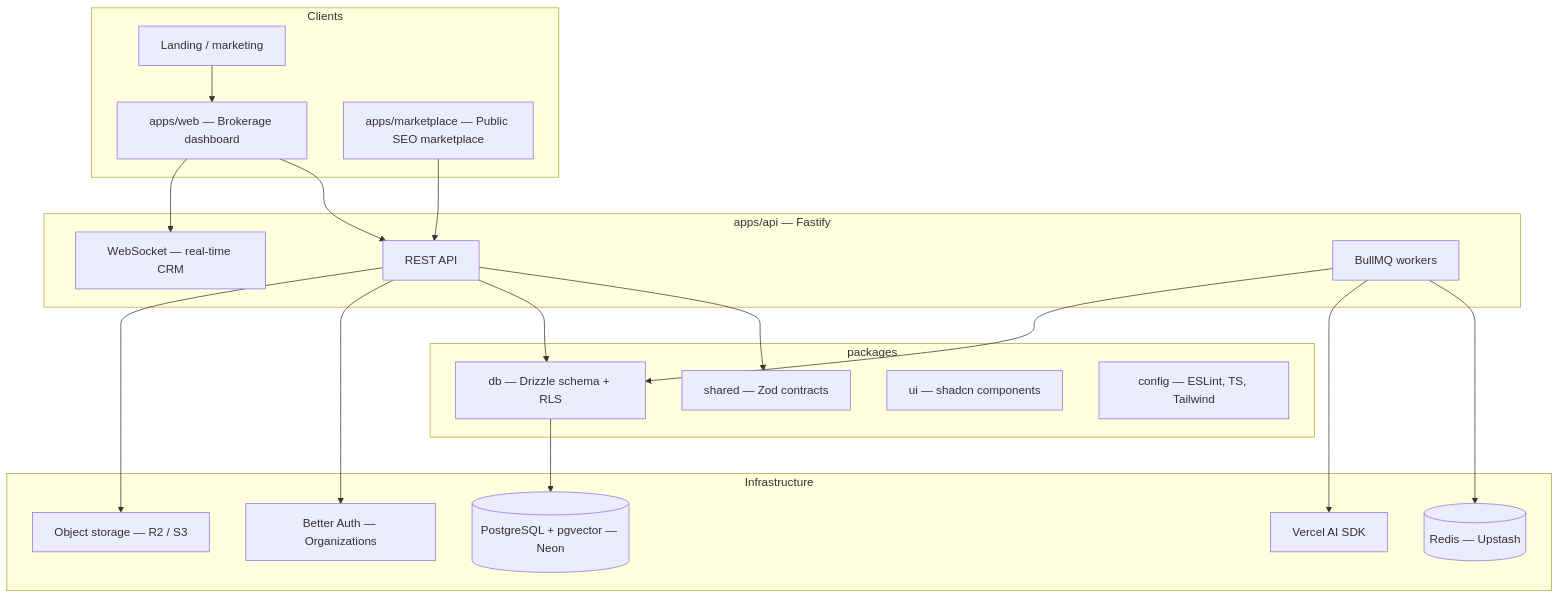
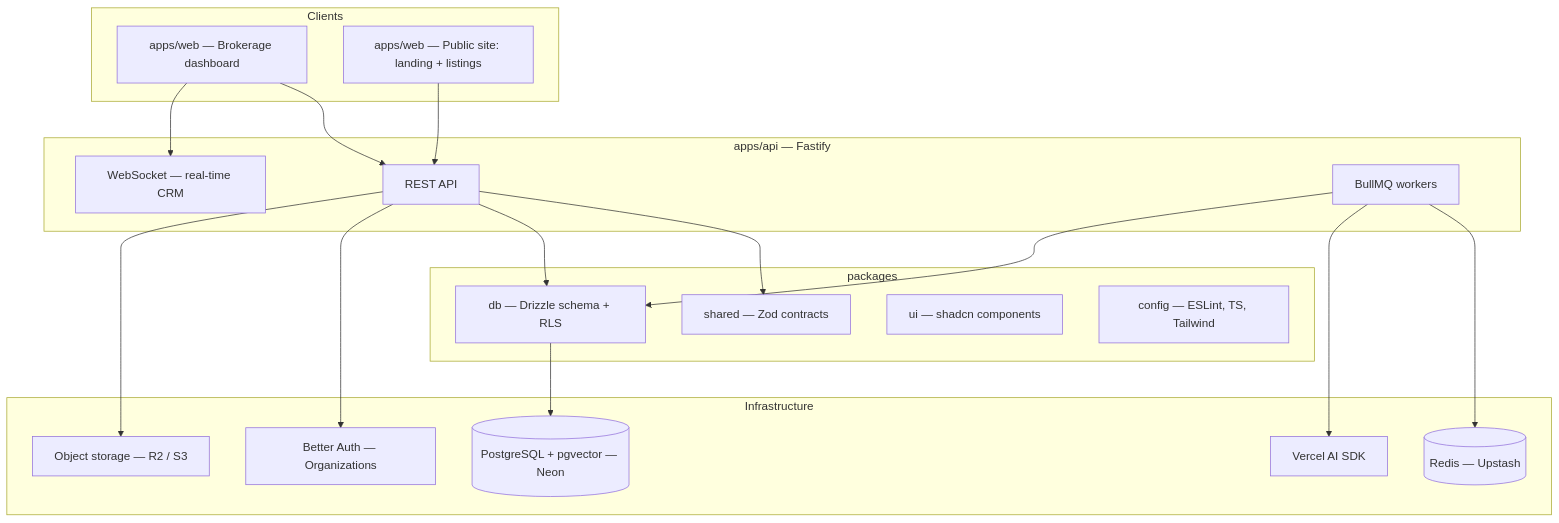
Before and after one commit to MAGAIVERH/propai-os: the diagram in README.md, drawn with Mermaid. The commit also changed other lines of this file and 2 other files, not shown here.

First line of the commit message:
docs: Day 83 task note + refresh README/PROJECT-STATUS after marketplace removal (#54)

````diff
--- a/README.md
+++ b/README.md
@@ -44,43 +44,41 @@
 ```mermaid
 flowchart TB
   subgraph clients [Clients]
     Web[apps/web — Brokerage dashboard]
-    Marketplace[apps/marketplace — Public SEO marketplace]
-    Landing[Landing / marketing]
+    Public[apps/web — Public site: landing + listings]
   end
 
   subgraph api [apps/api — Fastify]
     REST[REST API]
     WS[WebSocket — real-time CRM]
     Workers[BullMQ workers]
   end
 
   subgraph packages [packages]
     Shared[shared — Zod contracts]
     DB[db — Drizzle schema + RLS]
     UI[ui — shadcn components]
     Config[config — ESLint, TS, Tailwind]
   end
 
   subgraph infra [Infrastructure]
     Neon[(PostgreSQL + pgvector — Neon)]
     Redis[(Redis — Upstash)]
     R2[Object storage — R2 / S3]
     AI[Vercel AI SDK]
     Auth[Better Auth — Organizations]
   end
 
   Web --> REST
   Web --> WS
-  Marketplace --> REST
-  Landing --> Web
+  Public --> REST
 
   REST --> Shared
   REST --> DB
   REST --> Auth
   Workers --> Redis
   Workers --> AI
   Workers --> DB
   DB --> Neon
   REST --> R2
 ```
````
